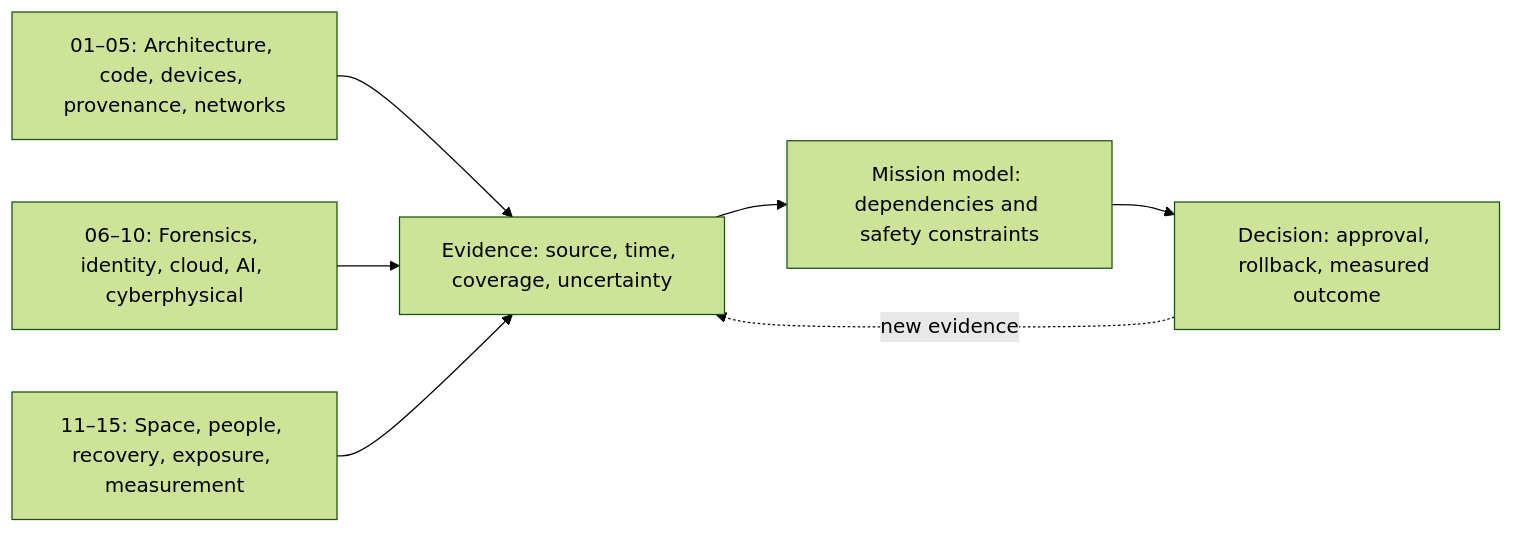
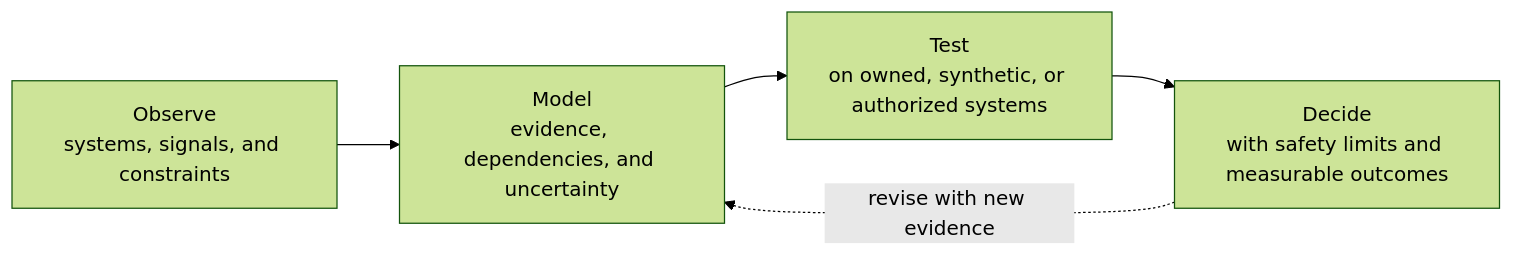
One commit to Personfu/CyberEngineering changed the diagram in README.md. Above: the diagram before and after it, drawn with Mermaid (forest theme). The commit also changed other lines of this file and 8 other files, not shown here.

````diff
--- a/README.md
+++ b/README.md
@@ -51,9 +125,7 @@
 ```mermaid
 flowchart LR
-    A["01–05: Architecture, code, devices, provenance, networks"] --> E["Evidence: source, time, coverage, uncertainty"]
-    B["06–10: Forensics, identity, cloud, AI, cyberphysical"] --> E
-    C["11–15: Space, people, recovery, exposure, measurement"] --> E
-    E --> M["Mission model: dependencies and safety constraints"]
-    M --> D["Decision: approval, rollback, measured outcome"]
-    D -. new evidence .-> E
+    A["Observe<br>systems, signals, and constraints"] --> B["Model<br>evidence, dependencies, and uncertainty"]
+    B --> C["Test<br>on owned, synthetic, or authorized systems"]
+    C --> D["Decide<br>with safety limits and measurable outcomes"]
+    D -. revise with new evidence .-> B
 ```
````
